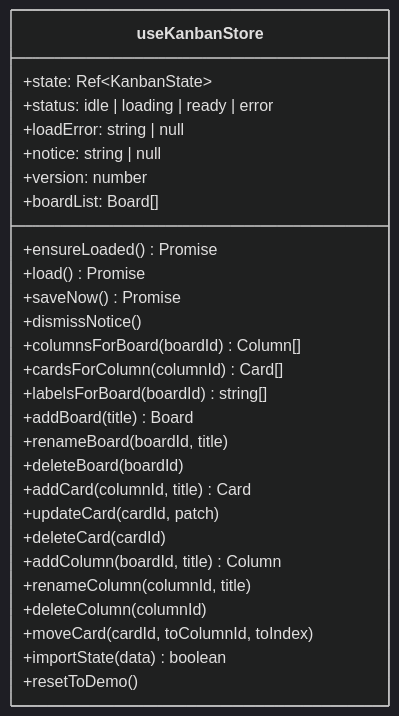
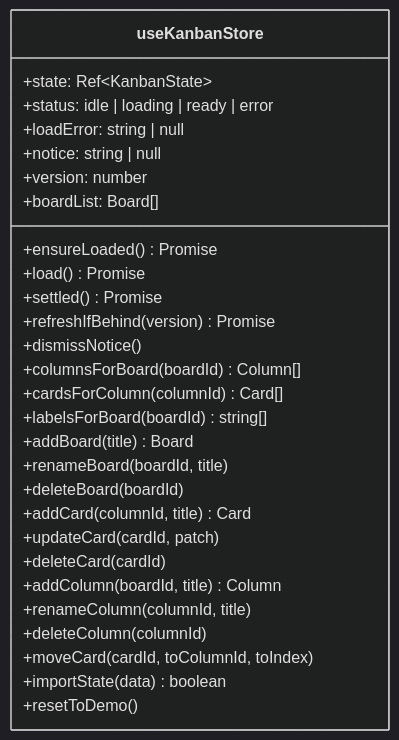
The seventh of 16 diagrams in docs/architecture.md (0quasarquantum0/Kanban_Vue), drawn with Mermaid (dark theme) before and after one commit. The commit also changed other lines of this file and 14 other files, not shown here.

````diff
--- a/docs/architecture.md
+++ b/docs/architecture.md
@@ -180,30 +180,31 @@
 ```mermaid
 classDiagram
   class useKanbanStore {
     +state: Ref~KanbanState~
     +status: idle | loading | ready | error
     +loadError: string | null
     +notice: string | null
     +version: number
     +ensureLoaded() Promise
     +load() Promise
-    +saveNow() Promise
+    +settled() Promise
+    +refreshIfBehind(version) Promise
     +dismissNotice()
     +boardList: Board[]
     +columnsForBoard(boardId) Column[]
     +cardsForColumn(columnId) Card[]
     +labelsForBoard(boardId) string[]
     +addBoard(title) Board
     +renameBoard(boardId, title)
     +deleteBoard(boardId)
     +addCard(columnId, title) Card
     +updateCard(cardId, patch)
     +deleteCard(cardId)
     +addColumn(boardId, title) Column
     +renameColumn(columnId, title)
     +deleteColumn(columnId)
     +moveCard(cardId, toColumnId, toIndex)
     +importState(data) boolean
     +resetToDemo()
   }
 ```
````
